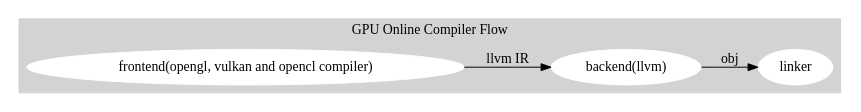
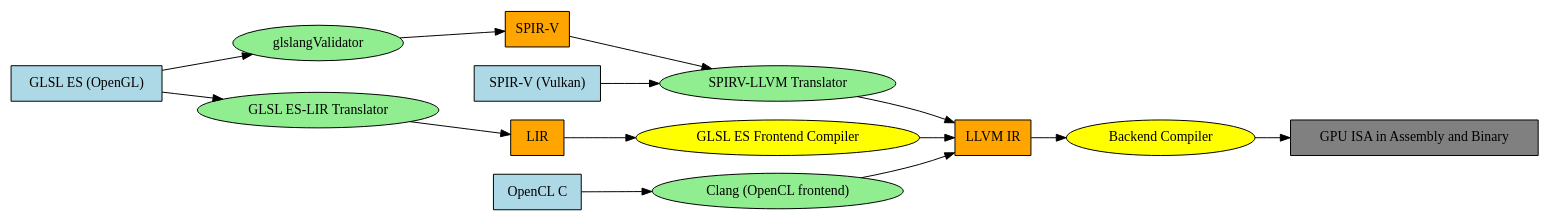
Before and after one commit to Jonathan2251/ws: the diagram in images/Hisilicon.gv, drawn with Graphviz. The commit also changed 5 other files, not shown here.

```diff
--- a/images/Hisilicon.gv
+++ b/images/Hisilicon.gv
@@ -1,18 +1,38 @@
-// Free usage license, author: Chung-Shu Chen 陳鍾樞
-// dot -Tpng -o Hisilicon.png Hisilicon.gv
-digraph G {
+digraph ShaderToLLVMIR {
+    rankdir=LR;
+    node [shape=record, style=filled, color=black];
 
-  rankdir=LR;
-  subgraph cluster_0 {
-    style=filled;
-    color=lightgrey;
-    label = "GPU Online Compiler Flow";
-    node [style=filled,color=white];
-      frontend [label="frontend(opengl, vulkan and opencl compiler)"];
-      backend [label="backend(llvm)"]; linker;
-    frontend -> backend [ label = "llvm IR" ];
-    backend -> linker [ label = "obj" ];
-    color=lightgrey
-  }
+    // Source Languages
+    GLSL [label="GLSL ES (OpenGL)", fillcolor=lightblue];
+    Vulkan_SPIRV [label="SPIR-V (Vulkan)", fillcolor=lightblue];
+    OpenCL_C [label="OpenCL C", fillcolor=lightblue];
 
+    // Intermediate Representation
+    SPIRV [label="SPIR-V", fillcolor=orange];
+
+    LIR [label="LIR", fillcolor=orange];
+
+    GPU_ISA [label="GPU ISA in Assembly and Binary", fillcolor=grey];
+
+    // LLVM IR
+    LLVM_IR [label="LLVM IR", fillcolor=orange];
+
+    // Tools with oval shapes
+    node [shape=oval, style=filled, fillcolor=lightgreen];
+    Glslang [label="glslangValidator"];
+    Clang [label="Clang (OpenCL frontend)"];
+    SPIRV_LLVM [label="SPIRV-LLVM Translator"];
+    GLSL_LIR [label="GLSL ES-LIR Translator"];
+
+    // Tools with oval shapes
+    node [shape=oval, style=filled, fillcolor=yellow];
+    LIR_LLVM [label="GLSL ES Frontend Compiler"];
+    LLVMCompiler [label="Backend Compiler"];
+
+    // Edges
+    GLSL -> GLSL_LIR -> LIR -> LIR_LLVM -> LLVM_IR;
+    GLSL -> Glslang -> SPIRV -> SPIRV_LLVM -> LLVM_IR;
+    Vulkan_SPIRV -> SPIRV_LLVM;
+    OpenCL_C -> Clang -> LLVM_IR;
+    LLVM_IR -> LLVMCompiler -> GPU_ISA;
 }
```
